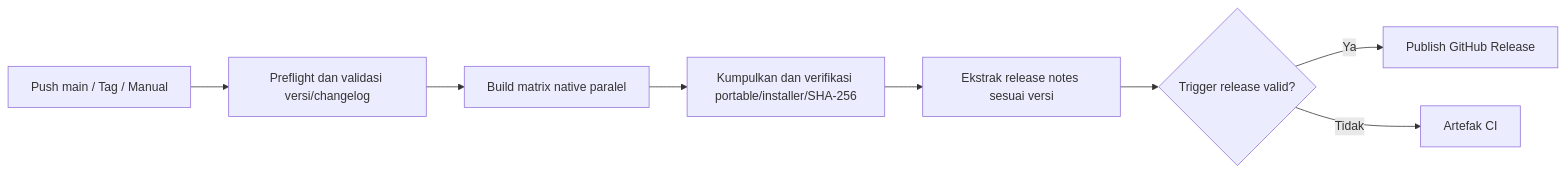
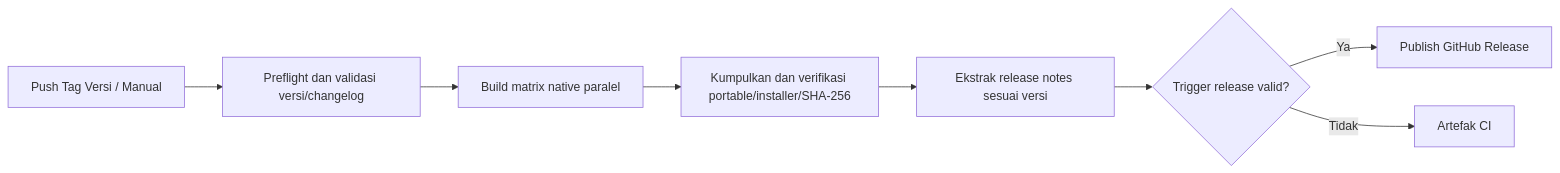
One commit to AlvinPradanaAntony/git-workflow-skill changed the diagram in README.md. Above: the diagram before and after it, drawn with Mermaid. The commit also changed other lines of this file and 13 other files, not shown here.

````diff
--- a/README.md
+++ b/README.md
@@ -108,10 +220,10 @@
 ```mermaid
 flowchart LR
-    A[Push main / Tag / Manual] --> B[Preflight dan validasi versi/changelog]
+    A[Push Tag Versi / Manual] --> B[Preflight dan validasi versi/changelog]
     B --> C[Build matrix native paralel]
     C --> D[Kumpulkan dan verifikasi portable/installer/SHA-256]
     D --> E[Ekstrak release notes sesuai versi]
     E --> F{Trigger release valid?}
     F -->|Ya| G[Publish GitHub Release]
     F -->|Tidak| H[Artefak CI]
 ```
````
